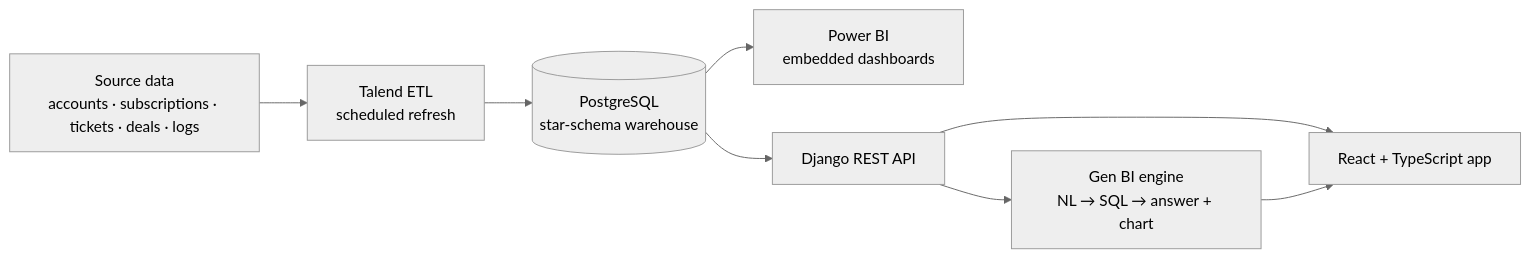
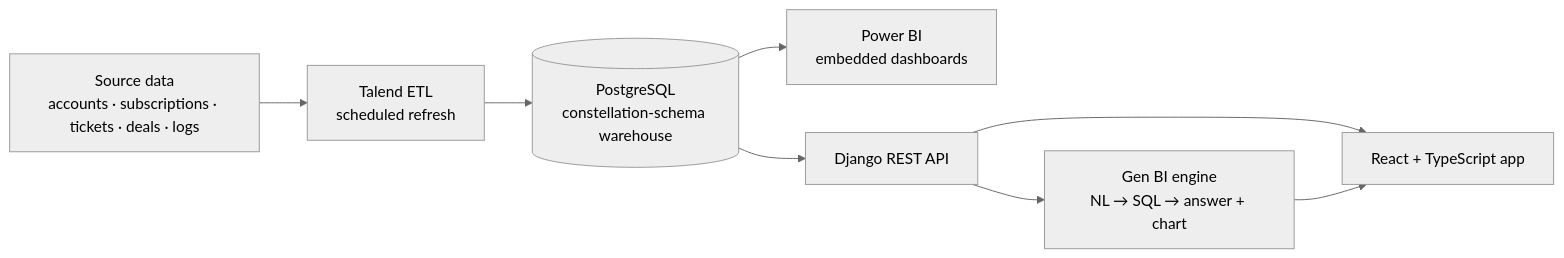
The diagram in README.md (Rania-BenHmida/Rania-BenHmida), drawn with Mermaid (neutral theme) before and after one commit. The commit also changed other lines of this file, not shown here.

Commit message:
Modify flowchart and update project list in README
Updated the flowchart to reflect the change from a star-schema to a constellation-schema warehouse in PostgreSQL. Removed a project from the project list.

````diff
--- a/README.md
+++ b/README.md
@@ -31,10 +31,10 @@
 ```mermaid
 flowchart LR
     A[Source data<br/>accounts · subscriptions · tickets · deals · logs] --> B[Talend ETL<br/>scheduled refresh]
-    B --> C[(PostgreSQL<br/>star-schema warehouse)]
+    B --> C[(PostgreSQL<br/>constellation-schema warehouse)]
     C --> D[Power BI<br/>embedded dashboards]
     C --> E[Django REST API]
     E --> F[React + TypeScript app]
     E --> G[Gen BI engine<br/>NL → SQL → answer + chart]
     G --> F
 ```
````
